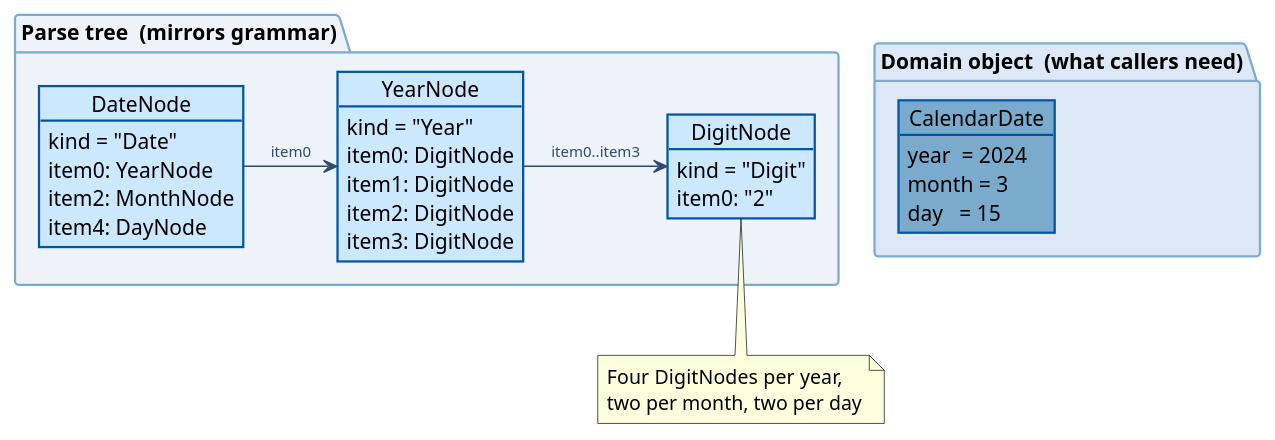
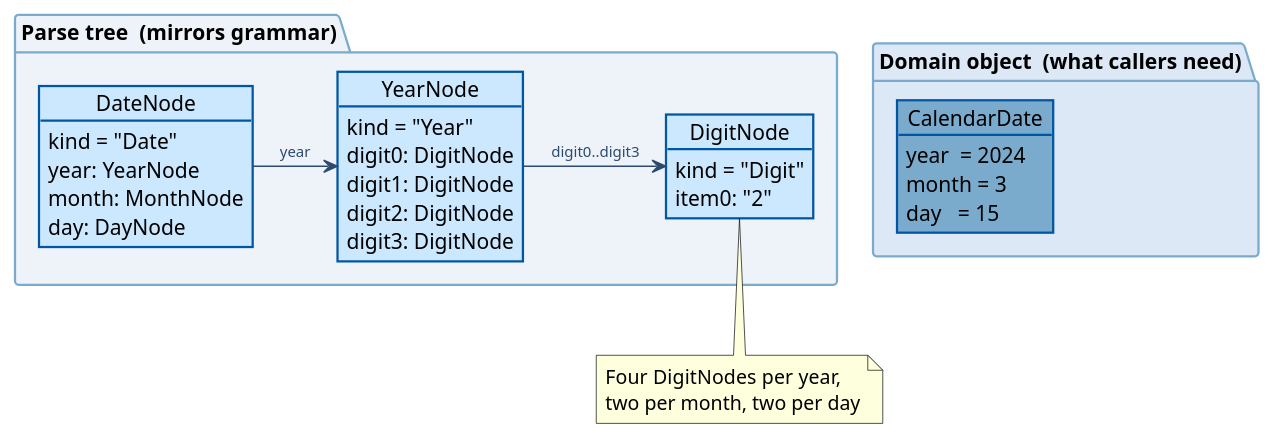
The diagram in docs-site/src/diagrams/cst-vs-domain.puml (ConfiguredThings/RDP.js), drawn with PlantUML before and after one commit. The commit also changed 18 other files, not shown here.

```diff
--- a/docs-site/src/diagrams/cst-vs-domain.puml
+++ b/docs-site/src/diagrams/cst-vs-domain.puml
@@ -1,56 +1,56 @@
 @startuml cst-vs-domain
 skinparam componentStyle rectangle
 skinparam defaultFontName monospace
 skinparam ArrowColor #2d4a70
 skinparam ArrowFontColor #2d4a70
 skinparam ArrowFontSize 10
 skinparam ObjectBorderColor #0056A3
 skinparam ObjectBorderThickness 1.5
 skinparam ObjectBackgroundColor #cce8ff
 skinparam PackageBorderColor #7aaacc
 skinparam PackageBorderThickness 1.5
 skinparam BackgroundColor transparent
 
 top to bottom direction
 
 package "Parse tree  (mirrors grammar)" #eef3fa {
   object "DateNode" as date {
     kind = "Date"
-    item0: YearNode
-    item2: MonthNode
-    item4: DayNode
+    year: YearNode
+    month: MonthNode
+    day: DayNode
   }
 
   object "YearNode" as year {
     kind = "Year"
-    item0: DigitNode
-    item1: DigitNode
-    item2: DigitNode
-    item3: DigitNode
+    digit0: DigitNode
+    digit1: DigitNode
+    digit2: DigitNode
+    digit3: DigitNode
   }
 
   object "DigitNode" as digit {
     kind = "Digit"
     item0: "2"
   }
 
-  date -> year : item0
-  year -> digit : item0..item3
+  date -> year : year
+  year -> digit : digit0..digit3
 }
 
 package "Domain object  (what callers need)" #dce8f5 {
   object "CalendarDate" as domain #7aaacc {
     year  = 2024
     month = 3
     day   = 15
   }
 }
 
 date -[hidden]r-> domain
 
 note bottom of digit
   Four DigitNodes per year,
   two per month, two per day
 end note
 
 @enduml
```
